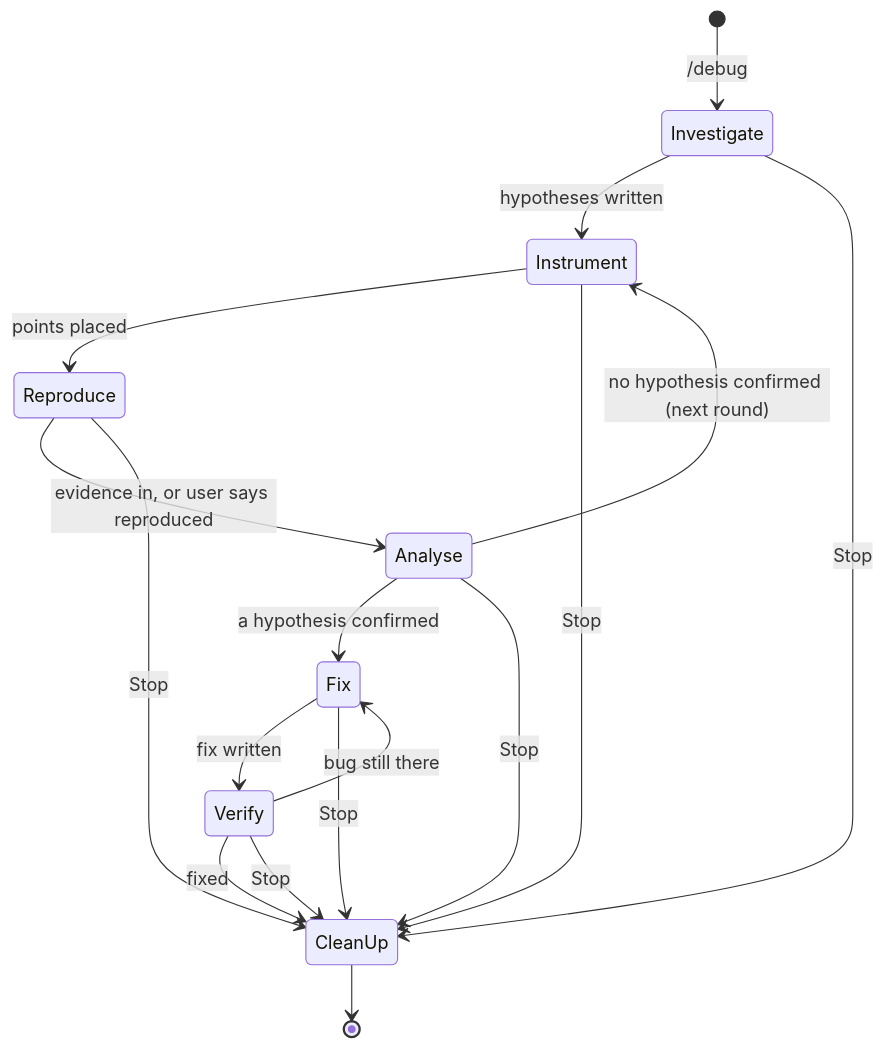
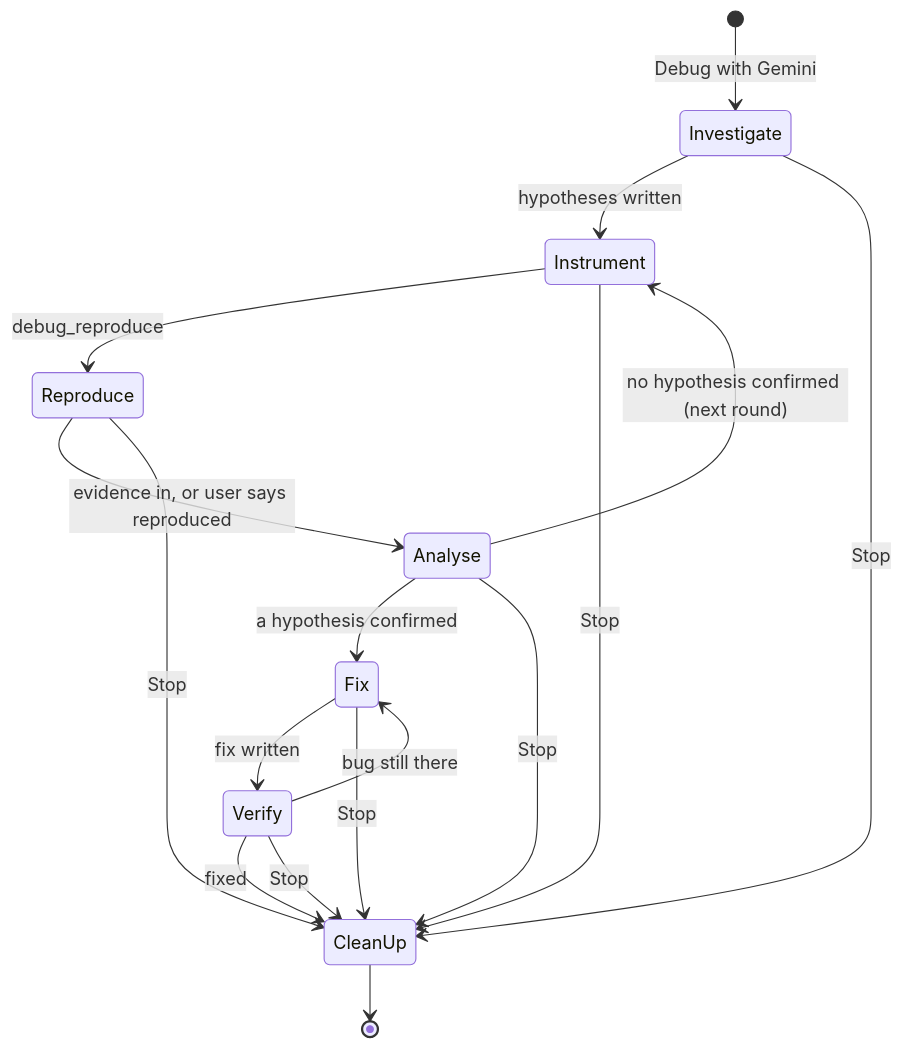
The first of 2 diagrams in gemini/docs/DEBUG_MODE.md (pulkitjain-org/vscode-gemini-cli), drawn with Mermaid before and after one commit. The commit also changed other lines of this file and 166 other files, not shown here.

````diff
--- a/gemini/docs/DEBUG_MODE.md
+++ b/gemini/docs/DEBUG_MODE.md
@@ -81,19 +79,19 @@
 ```mermaid
 stateDiagram-v2
-    [*] --> Investigate: /debug
+    [*] --> Investigate: Debug with Gemini
     Investigate --> Instrument: hypotheses written
-    Instrument --> Reproduce: points placed
+    Instrument --> Reproduce: debug_reproduce
     Reproduce --> Analyse: evidence in, or user says reproduced
     Analyse --> Instrument: no hypothesis confirmed (next round)
     Analyse --> Fix: a hypothesis confirmed
     Fix --> Verify: fix written
     Verify --> Fix: bug still there
     Verify --> CleanUp: fixed
     CleanUp --> [*]
     Investigate --> CleanUp: Stop
     Instrument --> CleanUp: Stop
     Reproduce --> CleanUp: Stop
     Analyse --> CleanUp: Stop
     Fix --> CleanUp: Stop
     Verify --> CleanUp: Stop
 ```
````
